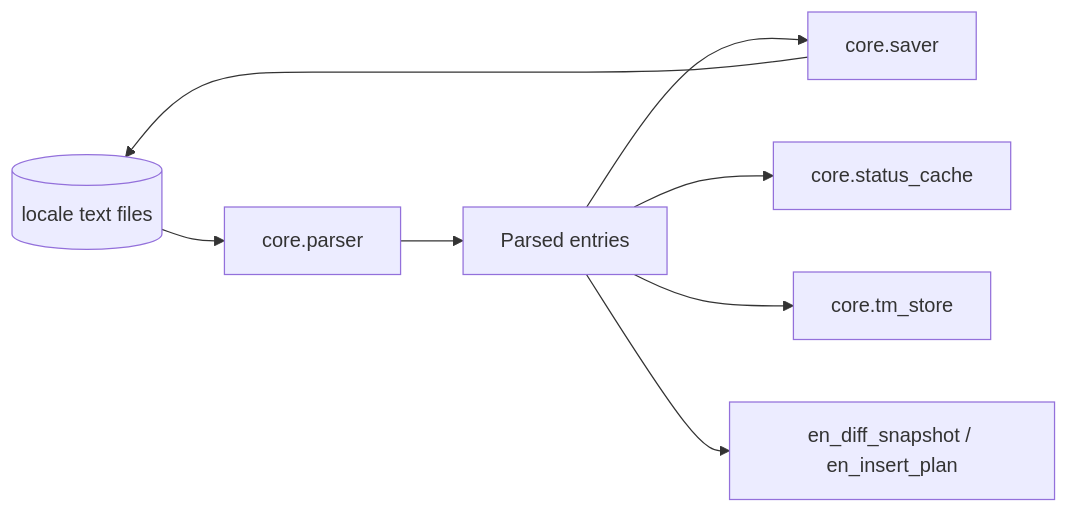
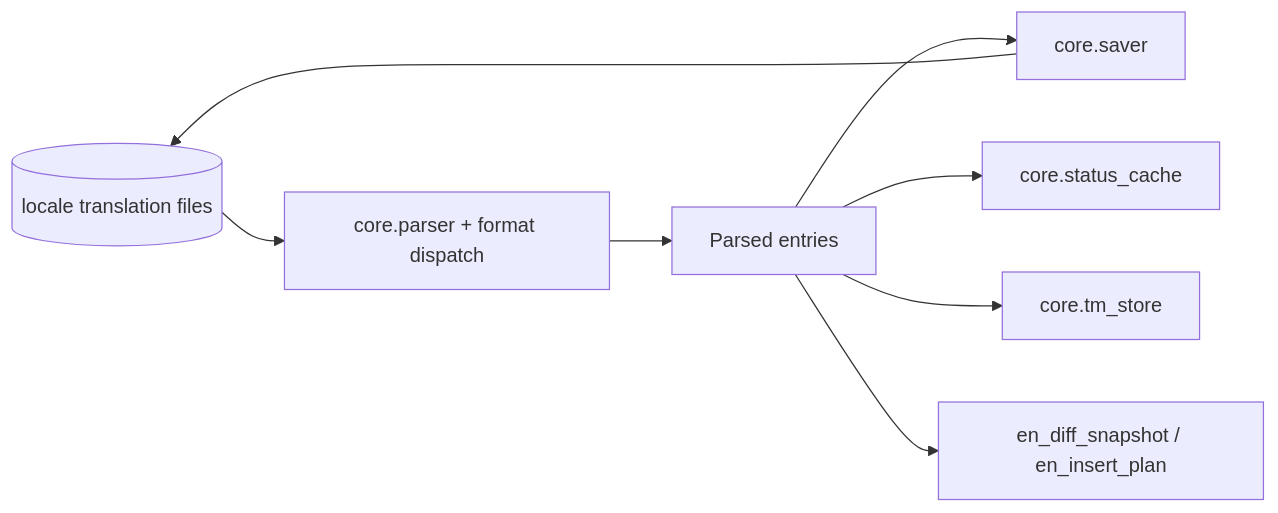
The first of 4 diagrams in docs/reference/api/core_data_io.md (PlagaMedicum/TranslationZed-py), drawn with Mermaid before and after one commit. The commit also changed other lines of this file and 10 other files, not shown here.

````diff
--- a/docs/reference/api/core_data_io.md
+++ b/docs/reference/api/core_data_io.md
@@ -21,10 +21,10 @@
 ```mermaid
 flowchart LR
-  RAW[(locale text files)] --> PARSER[core.parser]
+  RAW[(locale translation files)] --> PARSER[core.parser + format dispatch]
   PARSER --> MODEL[Parsed entries]
   MODEL --> SAVER[core.saver]
   SAVER --> RAW
   MODEL --> CACHE[core.status_cache]
   MODEL --> TM[core.tm_store]
   MODEL --> ENDIFF[en_diff_snapshot / en_insert_plan]
 ```
````
